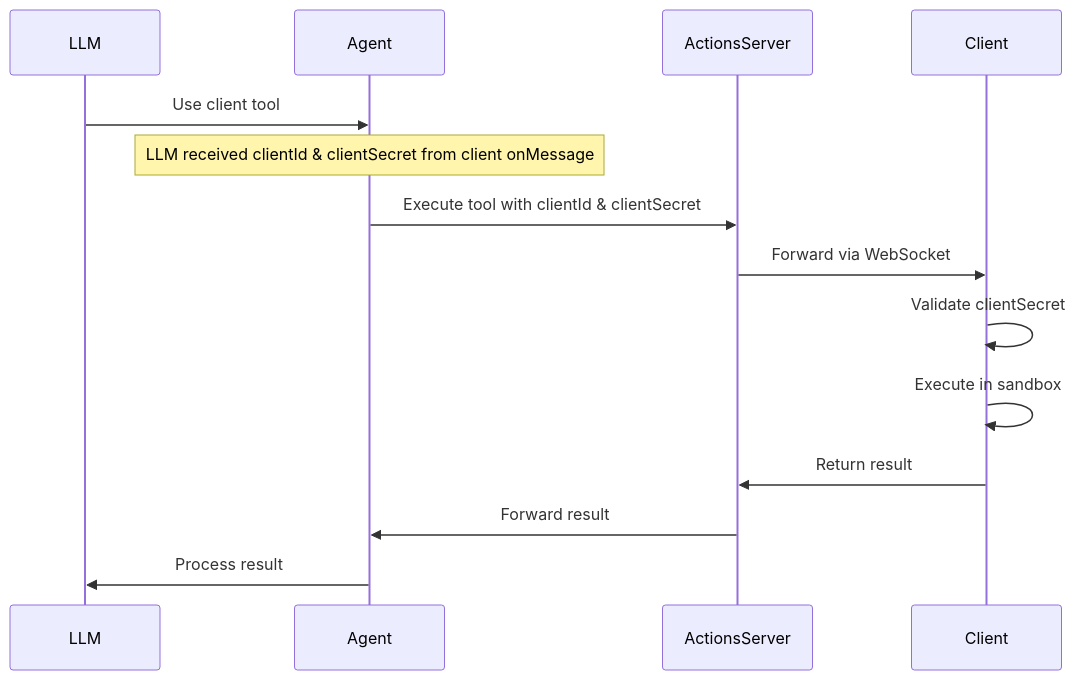
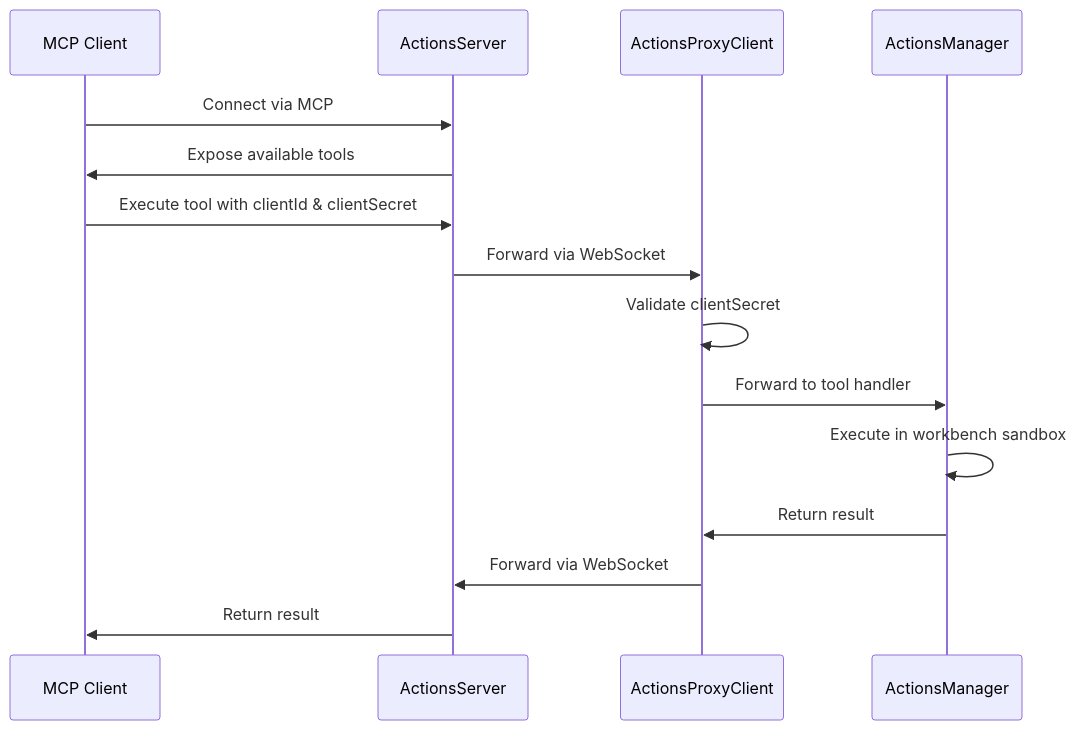
Before and after one commit to mrsimpson/piddie: the second of 2 diagrams in packages/actions-server/README.md, drawn with Mermaid. The commit also changed other lines of this file and 8 other files, not shown here.

Commit message:
Validate client secret in actions proxy

````diff
--- a/packages/actions-server/README.md
+++ b/packages/actions-server/README.md
@@ -33,17 +53,19 @@
 ```mermaid
 sequenceDiagram
-    participant LLM
-    participant Agent
-    participant ActionsServer
-    participant Client
+    participant MCP as MCP Client
+    participant Server as ActionsServer
+    participant Workbench as ActionsProxyClient
+    participant Manager as ActionsManager
 
-    LLM->>Agent: Use client tool
-    Note over Agent: LLM received clientId & clientSecret from client onMessage
-    Agent->>ActionsServer: Execute tool with clientId & clientSecret
-    ActionsServer->>Client: Forward via WebSocket
-    Client->>Client: Validate clientSecret
-    Client->>Client: Execute in sandbox
-    Client->>ActionsServer: Return result
-    ActionsServer->>Agent: Forward result
-    Agent->>LLM: Process result
+    MCP->>Server: Connect via MCP
+    Server->>MCP: Expose available tools
+    
+    MCP->>Server: Execute tool with clientId & clientSecret
+    Server->>Workbench: Forward via WebSocket
+    Workbench->>Workbench: Validate clientSecret
+    Workbench->>Manager: Forward to tool handler
+    Manager->>Manager: Execute in workbench sandbox
+    Manager->>Workbench: Return result
+    Workbench->>Server: Forward via WebSocket
+    Server->>MCP: Return result
 ```
````
